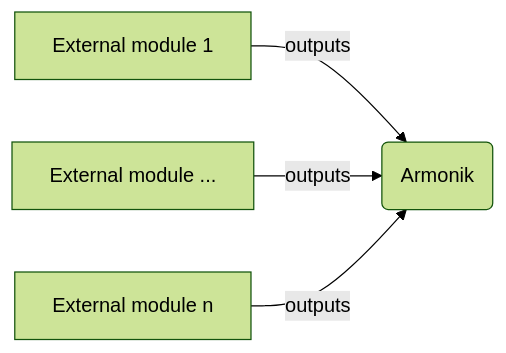
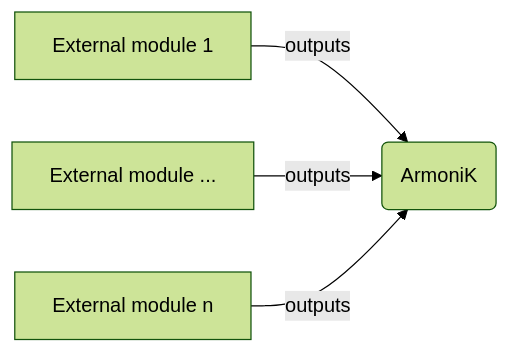
One commit to aneoconsulting/ArmoniK.Governance changed the diagram in AEP/aep-00005.md. Above: the diagram before and after it, drawn with Mermaid (forest theme). The commit also changed other lines of this file, not shown here.

````diff
--- a/AEP/aep-00005.md
+++ b/AEP/aep-00005.md
@@ -38,7 +38,7 @@
 ```mermaid
     graph LR
-    A[External module 1] -- outputs --> B(Armonik)
+    A[External module 1] -- outputs --> B(ArmoniK)
     C[External module ...] -- outputs --> B
     D[External module n] -- outputs --> B
 
 ```
````
